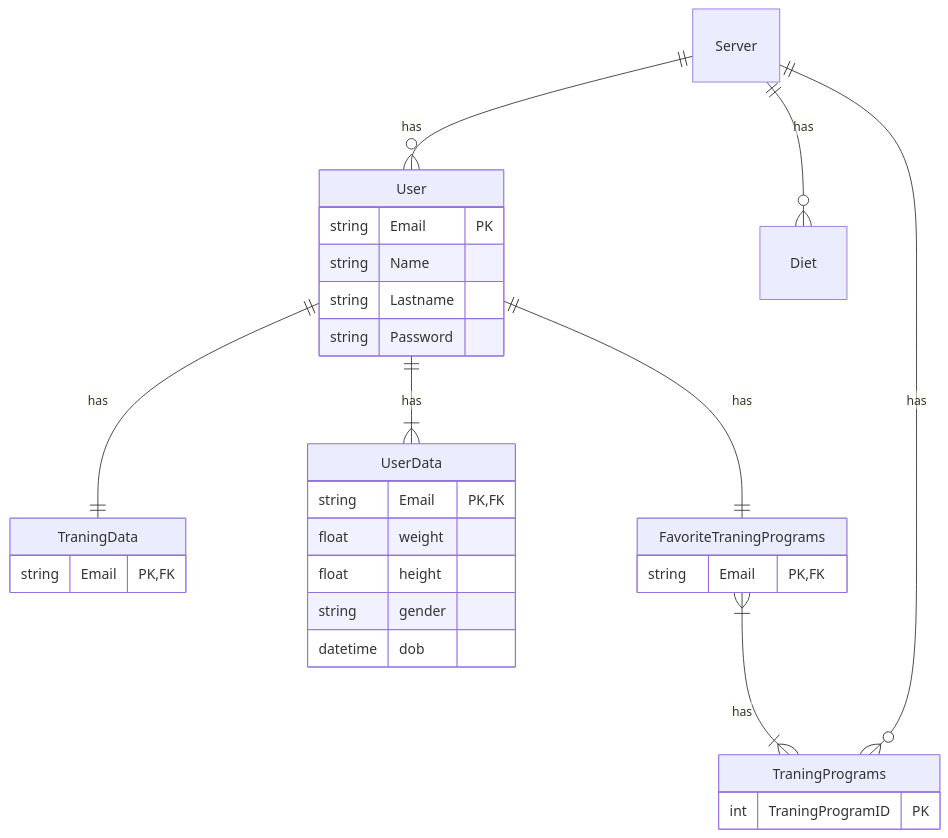
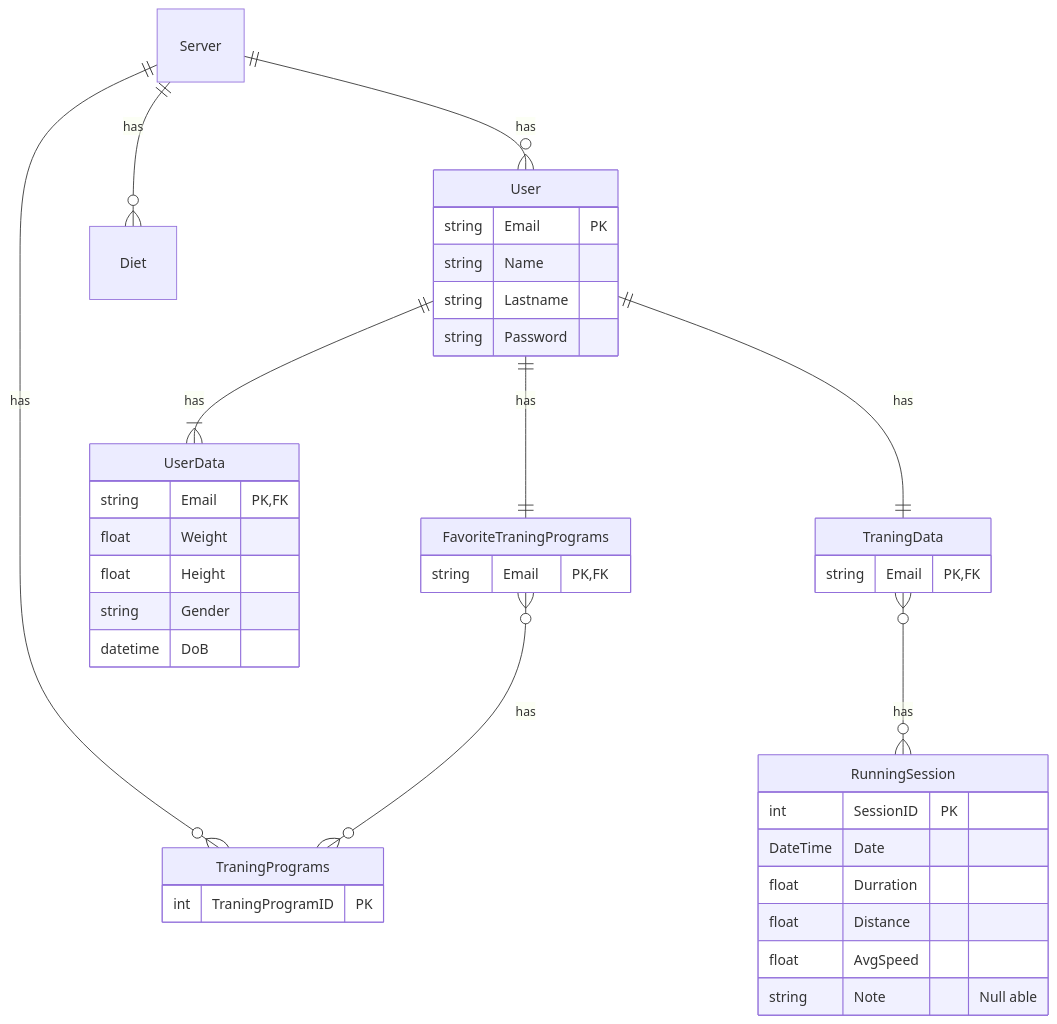
Before and after one commit to kamar-dk/Sem.Project4: the diagram in Diagrammer/Design/DesignDatabase.md, drawn with Mermaid.

````diff
--- a/Diagrammer/Design/DesignDatabase.md
+++ b/Diagrammer/Design/DesignDatabase.md
@@ -1,48 +1,59 @@
 ```mermaid
 erDiagram
 
 User {
     string Email PK
     string Name
     string Lastname
     string Password
 }
 
 TraningData {
     string Email PK, FK
 }
 
 UserData {
     string Email PK, FK
-    float weight
-    float height
-    string gender
-    datetime dob
+    float Weight
+    float Height
+    string Gender
+    datetime DoB
 }
 
 FavoriteTraningPrograms {
     string Email PK, FK
 }
 
 Server {
 
 
 }
 
 TraningPrograms {
     int TraningProgramID PK
 }
 
 Diet {
 
 }
 
+RunningSession{
+    int SessionID PK
+    DateTime Date
+    float Durration
+    float Distance
+    float AvgSpeed
+    string Note "Null able"
+}
+
 User ||--|| TraningData : has
 User ||--|{ UserData : has
 User ||--|| FavoriteTraningPrograms : has
-FavoriteTraningPrograms }|--|{ TraningPrograms : has
+FavoriteTraningPrograms }o--o{ TraningPrograms : has
 Server ||--o{ TraningPrograms : has
 Server ||--o{ User : has
 Server ||--o{ Diet : has
 
+TraningData }o--o{ RunningSession : has
+
 ```
````
